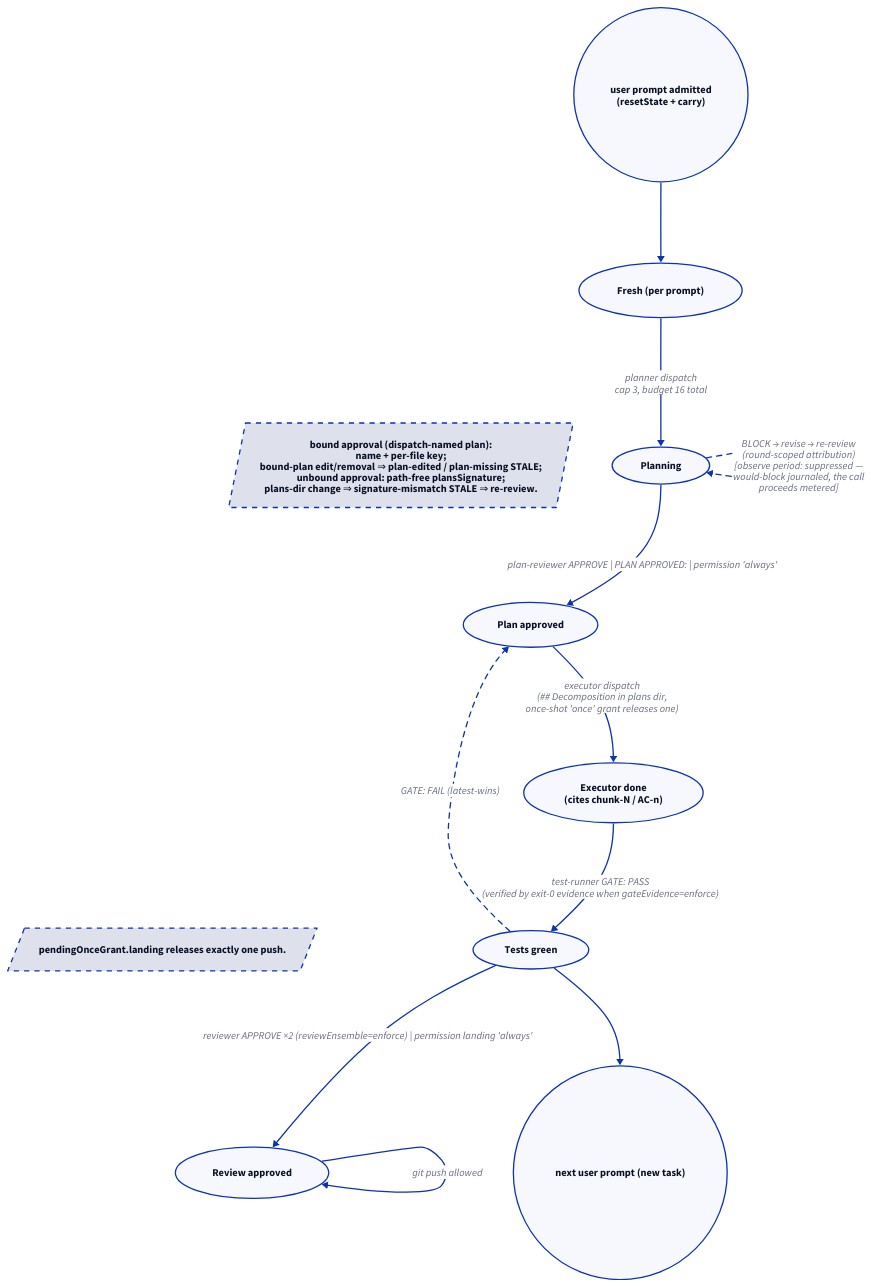
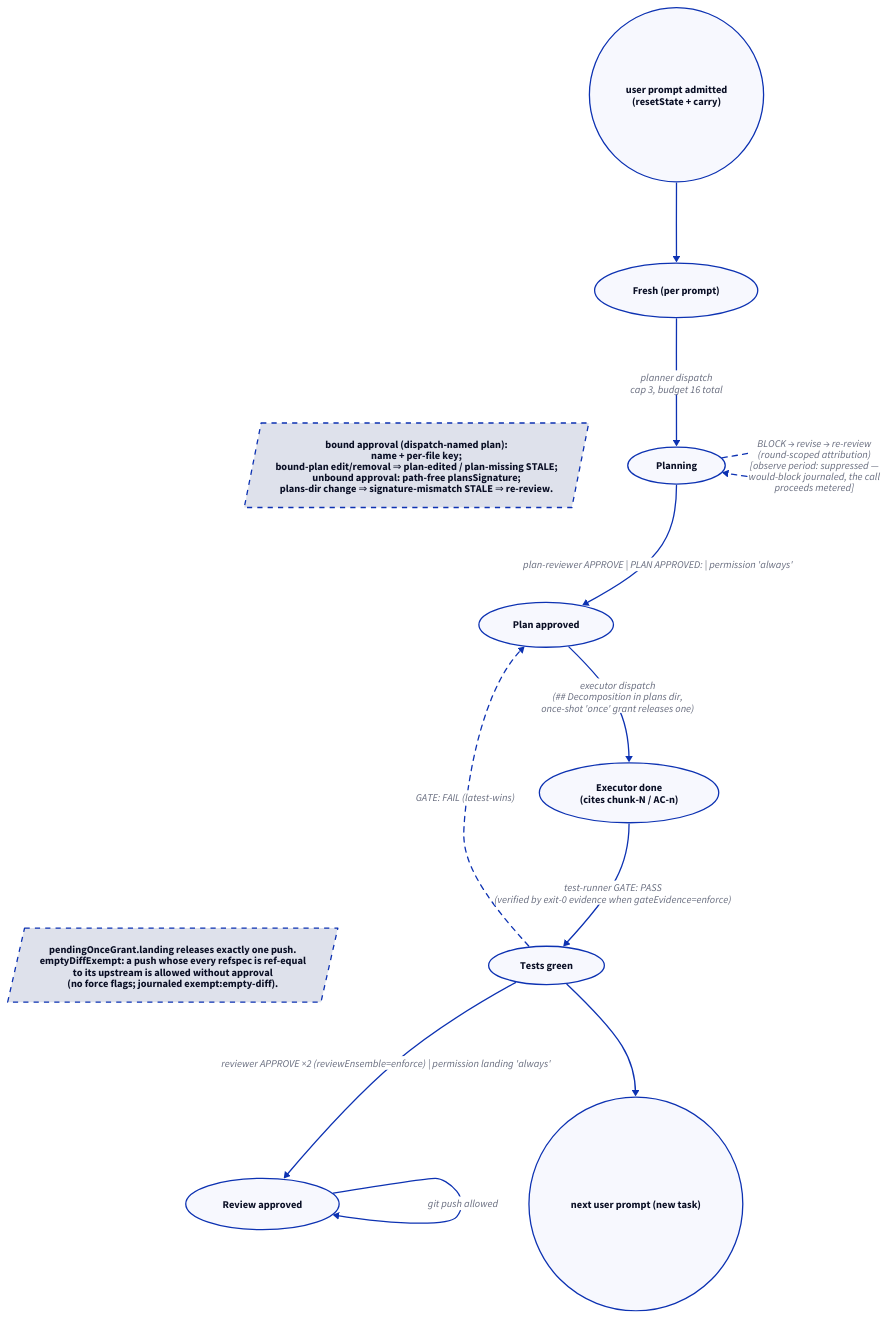
The diagram in docs/diagrams/d04-gate-state.d2 (edseabolt/turnstile), drawn with D2 before and after one commit. The commit also changed 7 other files, not shown here.

Commit message:
docs(arch)!: map empty-diff boundary in module docs and diagrams

```diff
--- a/docs/diagrams/d04-gate-state.d2
+++ b/docs/diagrams/d04-gate-state.d2
@@ -1,57 +1,57 @@
 direction: down
 
 fresh: "Fresh (per prompt)" {
   shape: oval
 }
 planning: "Planning" {
   shape: oval
 }
 planok: "Plan approved" {
   shape: oval
 }
 executor: "Executor done\n(cites chunk-N / AC-n)" {
   shape: oval
 }
 green: "Tests green" {
   shape: oval
 }
 reviewed: "Review approved" {
   shape: oval
 }
 end: "next user prompt (new task)" {
   shape: circle
 }
 
 start: "user prompt admitted\n(resetState + carry)" {
   shape: circle
 }
 
 start -> fresh
 fresh -> planning: "planner dispatch\ncap 3, budget 16 total"
 planning -> planok: "plan-reviewer APPROVE | PLAN APPROVED: | permission 'always'"
 planning -> planning: "BLOCK → revise → re-review\n(round-scoped attribution)\n[observe period: suppressed —\nwould-block journaled, the call\nproceeds metered]" {
   style.stroke-dash: 4
 }
 planok -> executor: "executor dispatch\n(## Decomposition in plans dir,\nonce-shot 'once' grant releases one)"
 executor -> green: "test-runner GATE: PASS\n(verified by exit-0 evidence when gateEvidence=enforce)"
 green -> planok: "GATE: FAIL (latest-wins)" {
   style.stroke-dash: 4
 }
 green -> reviewed: "reviewer APPROVE ×2 (reviewEnsemble=enforce) | permission landing 'always'"
 reviewed -> reviewed: "git push allowed"
 green -> end
 
 planok-note: "bound approval (dispatch-named plan):\nname + per-file key;\nbound-plan edit/removal ⇒ plan-edited / plan-missing STALE;\nunbound approval: path-free plansSignature;\nplans-dir change ⇒ signature-mismatch STALE ⇒ re-review." {
   style.stroke-dash: 4
   shape: parallelogram
 }
-reviewed-note: "pendingOnceGrant.landing releases exactly one push." {
+reviewed-note: "pendingOnceGrant.landing releases exactly one push.\nemptyDiffExempt: a push whose every refspec is ref-equal\nto its upstream is allowed without approval\n(no force flags; journaled exempt:empty-diff)." {
   style.stroke-dash: 4
   shape: parallelogram
 }
 planok-note -> planok: "" {
   style.opacity: 0
 }
 reviewed-note -> reviewed: "" {
   style.opacity: 0
 }
```
